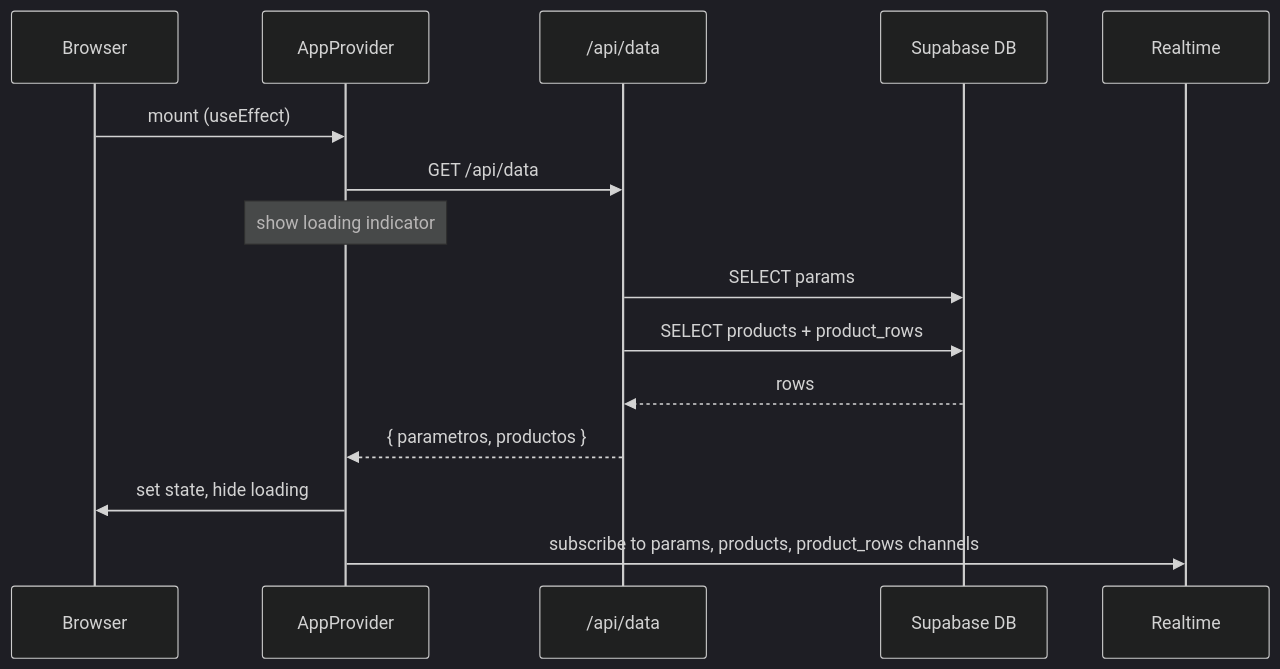
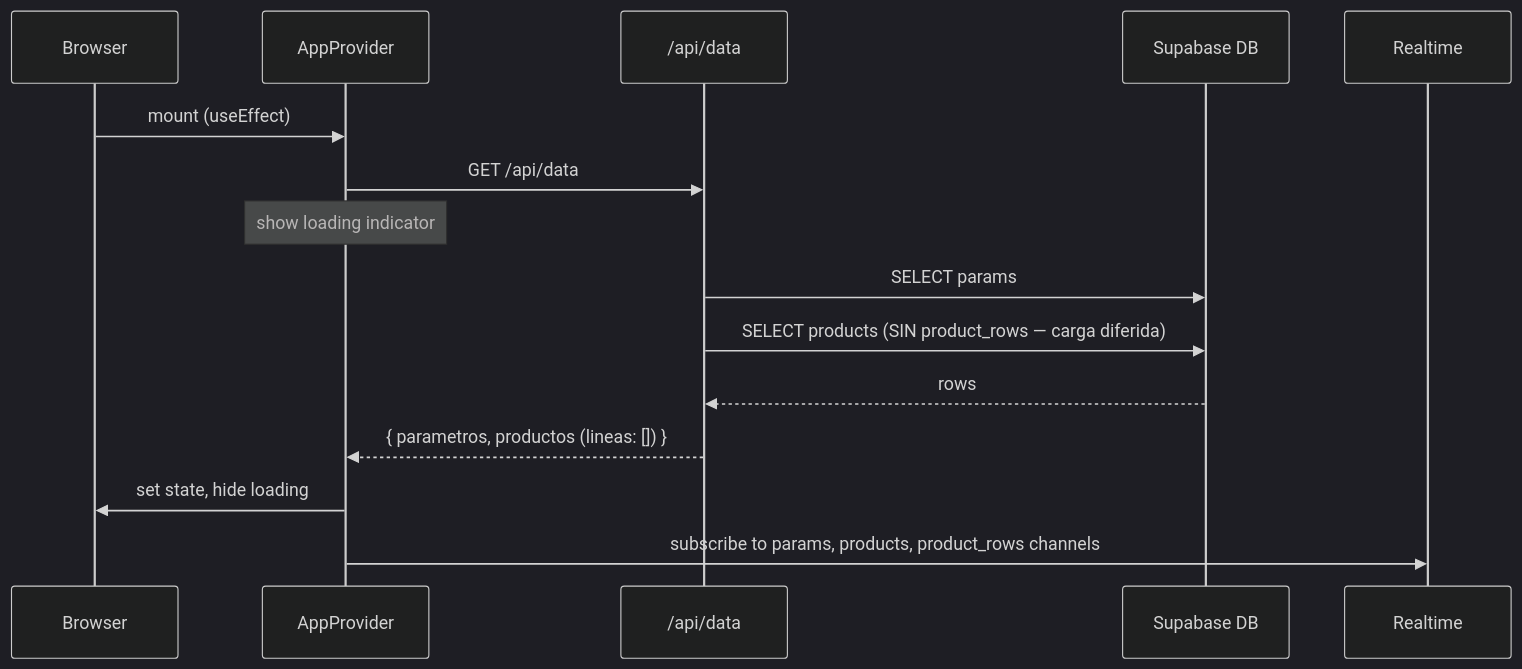
One commit to scolllly/CalculadoraItems changed the third of 4 diagrams in .kiro/specs/nextjs-migration/design.md. Above: the diagram before and after it, drawn with Mermaid (dark theme). The commit also changed other lines of this file and 3 other files, not shown here.

````diff
--- a/.kiro/specs/nextjs-migration/design.md
+++ b/.kiro/specs/nextjs-migration/design.md
@@ -125,18 +125,18 @@
 ```mermaid
 sequenceDiagram
     participant Browser
     participant AppProvider
     participant APIRoute as /api/data
     participant SupabaseDB as Supabase DB
     participant Realtime
 
     Browser->>AppProvider: mount (useEffect)
     AppProvider->>APIRoute: GET /api/data
     Note over AppProvider: show loading indicator
     APIRoute->>SupabaseDB: SELECT params
-    APIRoute->>SupabaseDB: SELECT products + product_rows
+    APIRoute->>SupabaseDB: SELECT products (SIN product_rows — carga diferida)
     SupabaseDB-->>APIRoute: rows
-    APIRoute-->>AppProvider: { parametros, productos }
+    APIRoute-->>AppProvider: { parametros, productos (lineas: []) }
     AppProvider->>Browser: set state, hide loading
     AppProvider->>Realtime: subscribe to params, products, product_rows channels
 ```
````
